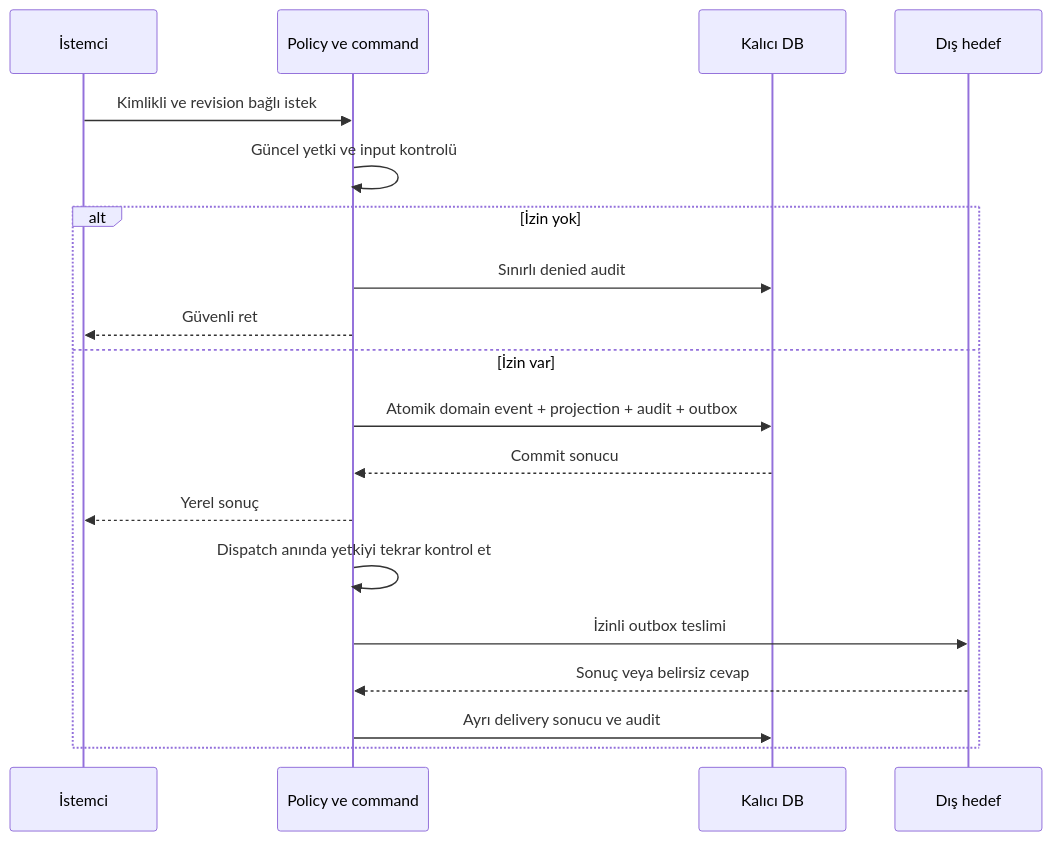
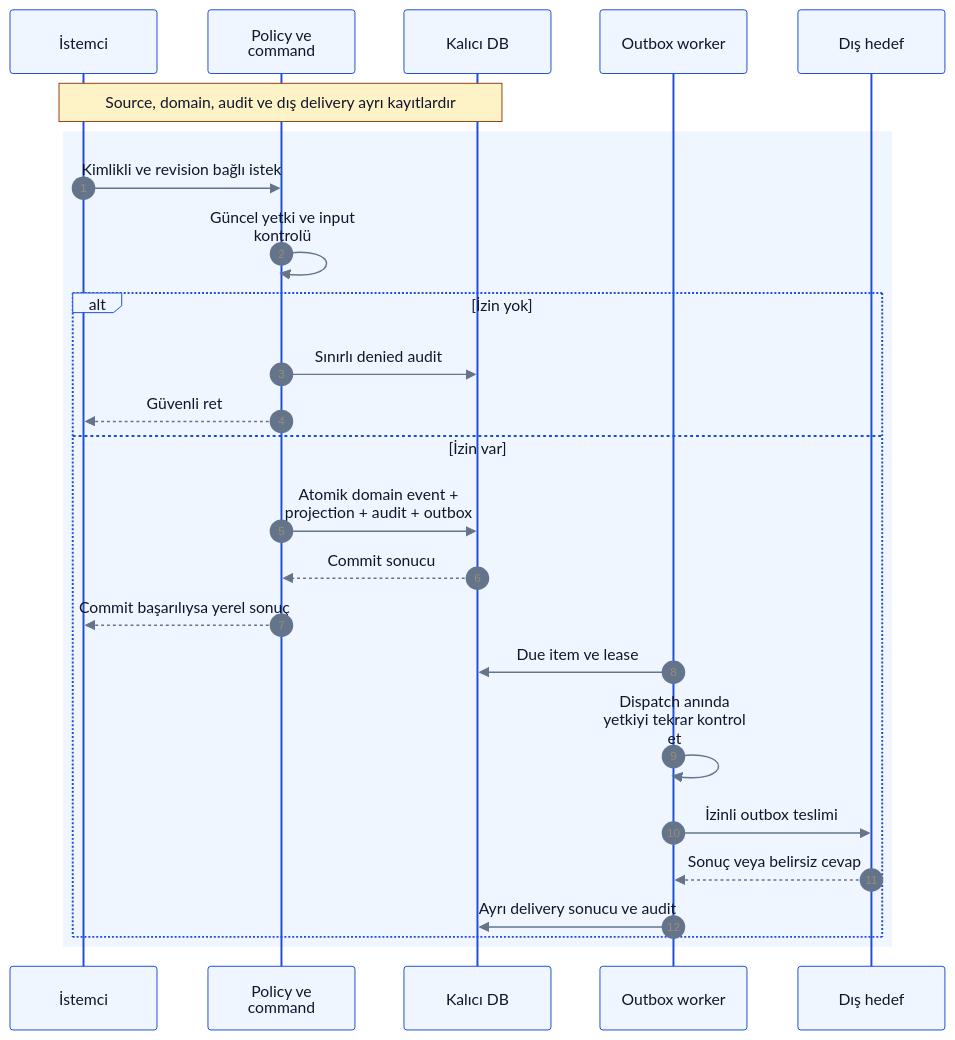
One commit to alphanAkbulut/decivora changed the diagram in docs/architecture/logging-audit.md. Above: the diagram before and after it, drawn with Mermaid. The commit also changed other lines of this file and 21 other files, not shown here.

Commit message:
Refresh all Mermaid diagrams, clarify decision states and document rendering evidence

````diff
--- a/docs/architecture/logging-audit.md
+++ b/docs/architecture/logging-audit.md
@@ -26,21 +29,30 @@
 ```mermaid
+%%{init: {"theme":"base","themeVariables":{"fontFamily":"Arial, sans-serif","fontSize":"14px","primaryColor":"#eff6ff","primaryTextColor":"#0f172a","primaryBorderColor":"#1d4ed8","lineColor":"#64748b","secondaryColor":"#ccfbf1","tertiaryColor":"#f1f5f9","background":"#ffffff","mainBkg":"#eff6ff","textColor":"#0f172a","clusterBkg":"#f8fafc","clusterBorder":"#94a3b8","edgeLabelBackground":"#ffffff","actorBkg":"#eff6ff","actorTextColor":"#0f172a","actorBorder":"#1d4ed8","signalColor":"#64748b","signalTextColor":"#0f172a","noteBkgColor":"#fef3c7","noteTextColor":"#0f172a","noteBorderColor":"#92400e"},"flowchart":{"htmlLabels":false,"curve":"linear"},"sequence":{"wrap":true},"themeCSS":"background-color:#ffffff;"}}%%
 sequenceDiagram
+    accTitle: Atomik audit ve ayrı dış teslim
+    accDescr: Önerilen tasarım veya açıkça belirtilen sentetik örnek. Renkler alan ve kontrol türünü gösterir; implemented veya passed kanıtı değildir. Yetki, revision ve coverage sınırları korunur.
+    autonumber
     participant C as İstemci
     participant P as Policy ve command
     participant D as Kalıcı DB
+    participant W as Outbox worker
     participant X as Dış hedef
+    Note over C,D: Source, domain, audit ve dış delivery ayrı kayıtlardır
+    rect rgb(239, 246, 255)
     C->>P: Kimlikli ve revision bağlı istek
     P->>P: Güncel yetki ve input kontrolü
     alt İzin yok
         P->>D: Sınırlı denied audit
         P-->>C: Güvenli ret
     else İzin var
         P->>D: Atomik domain event + projection + audit + outbox
         D-->>P: Commit sonucu
-        P-->>C: Yerel sonuç
-        P->>P: Dispatch anında yetkiyi tekrar kontrol et
-        P->>X: İzinli outbox teslimi
-        X-->>P: Sonuç veya belirsiz cevap
-        P->>D: Ayrı delivery sonucu ve audit
+        P-->>C: Commit başarılıysa yerel sonuç
+        W->>D: Due item ve lease
+        W->>W: Dispatch anında yetkiyi tekrar kontrol et
+        W->>X: İzinli outbox teslimi
+        X-->>W: Sonuç veya belirsiz cevap
+        W->>D: Ayrı delivery sonucu ve audit
+    end
     end
 ```
````
